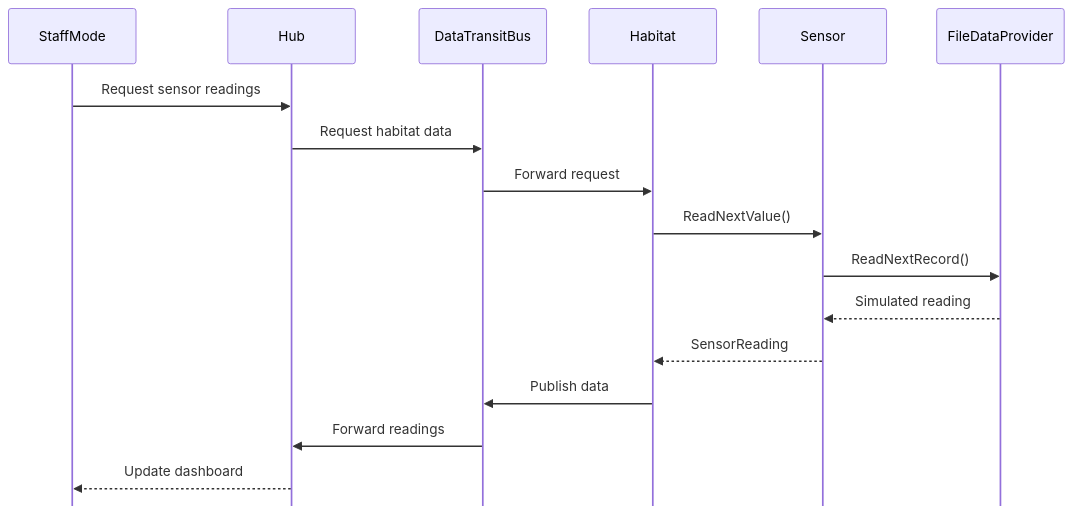
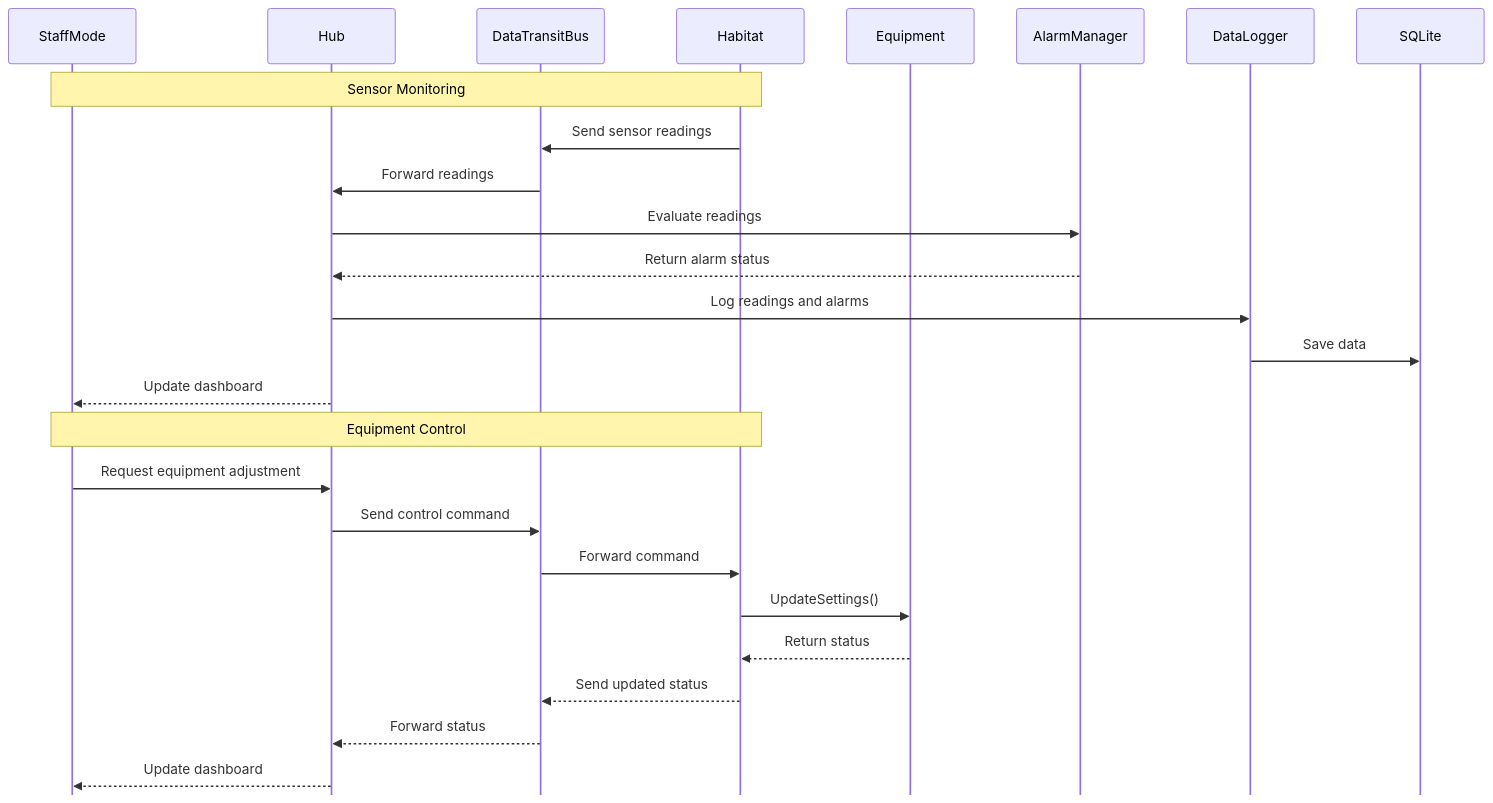
Before and after one commit to FabioBust/CSCN72030-Sec1-Group7: the third of 4 diagrams in README.md, drawn with Mermaid. The commit also changed other lines of this file, not shown here.

Commit message:
Enhance README with Staff and Visitor mode diagrams
Added sequence diagrams for Staff Mode and Visitor Mode to README.

````diff
--- a/README.md
+++ b/README.md
@@ -328,23 +328,35 @@
 ```mermaid
+
 
 %%{init: {"sequence": {"mirrorActors": false}}}%%
 sequenceDiagram
     participant Staff as StaffMode
     participant Hub
     participant Bus as DataTransitBus
     participant Habitat
-    participant Sensor
-    participant File as FileDataProvider
+    participant Equipment
+    participant Alarm as AlarmManager
+    participant Logger as DataLogger
+    participant DB as SQLite
 
-    Staff->>Hub: Request sensor readings
-    Hub->>Bus: Request habitat data
-    Bus->>Habitat: Forward request
-    Habitat->>Sensor: ReadNextValue()
-    Sensor->>File: ReadNextRecord()
-    File-->>Sensor: Simulated reading
-    Sensor-->>Habitat: SensorReading
-    Habitat->>Bus: Publish data
+    Note over Staff,Habitat: Sensor Monitoring
+
+    Habitat->>Bus: Send sensor readings
     Bus->>Hub: Forward readings
+    Hub->>Alarm: Evaluate readings
+    Alarm-->>Hub: Return alarm status
+    Hub->>Logger: Log readings and alarms
+    Logger->>DB: Save data
     Hub-->>Staff: Update dashboard
 
+    Note over Staff,Habitat: Equipment Control
+
+    Staff->>Hub: Request equipment adjustment
+    Hub->>Bus: Send control command
+    Bus->>Habitat: Forward command
+    Habitat->>Equipment: UpdateSettings()
+    Equipment-->>Habitat: Return status
+    Habitat-->>Bus: Send updated status
+    Bus-->>Hub: Forward status
+    Hub-->>Staff: Update dashboard
 ```
````
